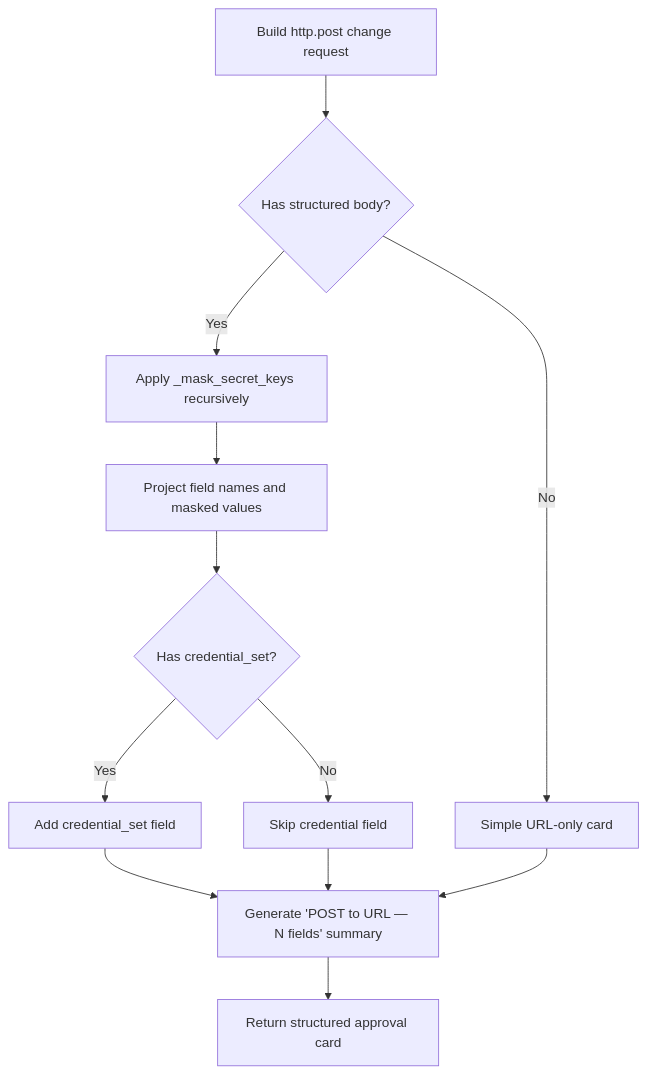
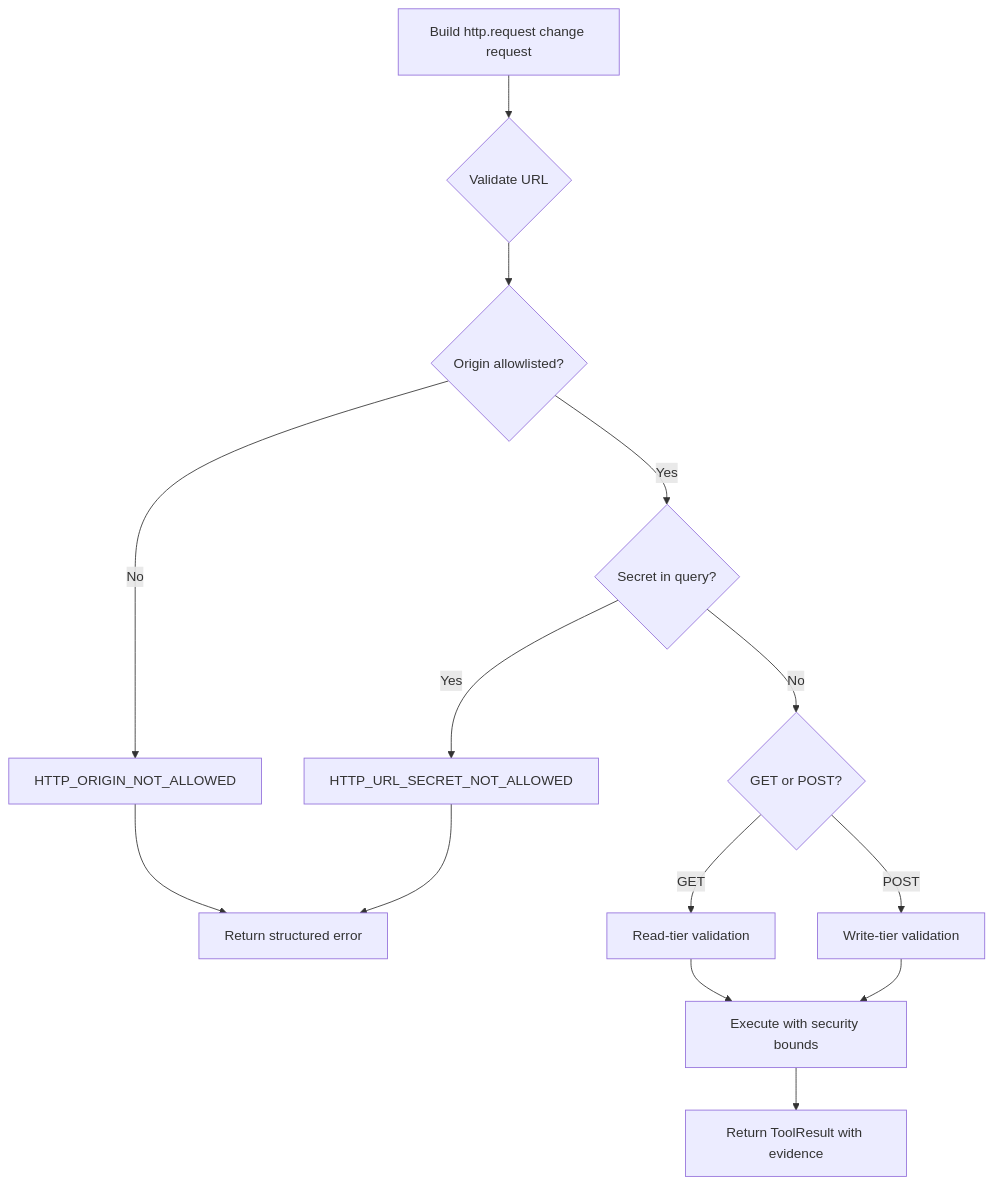
One commit to metasync/luban-aiops changed the seventh of 9 diagrams in .qoder/repowiki/en/content/Core Services/Agent Platform/Human-in-the-Loop Approvals.md. Above: the diagram before and after it, drawn with Mermaid. The commit also changed other lines of this file and 250 other files, not shown here.

````diff
--- a/.qoder/repowiki/en/content/Core Services/Agent Platform/Human-in-the-Loop Approvals.md
+++ b/.qoder/repowiki/en/content/Core Services/Agent Platform/Human-in-the-Loop Approvals.md
@@ -301,14 +346,16 @@
 ```mermaid
 flowchart TD
-Build["Build http.post change request"] --> ParseBody{"Has structured body?"}
-ParseBody --> |Yes| MaskSecrets["Apply _mask_secret_keys recursively"]
-MaskSecrets --> ProjectFields["Project field names and masked values"]
-ParseBody --> |No| SimpleCard["Simple URL-only card"]
-ProjectFields --> AddCredential{"Has credential_set?"}
-AddCredential --> |Yes| AddField["Add credential_set field"]
-AddCredential --> |No| SkipCred["Skip credential field"]
-AddField --> GenerateSummary["Generate 'POST to URL — N fields' summary"]
-SkipCred --> GenerateSummary
-SimpleCard --> GenerateSummary
-GenerateSummary --> ReturnCard["Return structured approval card"]
+Build["Build http.request change request"] --> ValidateURL{"Validate URL"}
+ValidateURL --> CheckOrigin{"Origin allowlisted?"}
+CheckOrigin --> |No| DenyOrigin["HTTP_ORIGIN_NOT_ALLOWED"]
+CheckOrigin --> |Yes| CheckSecret{"Secret in query?"}
+CheckSecret --> |Yes| DenySecret["HTTP_URL_SECRET_NOT_ALLOWED"]
+CheckSecret --> |No| CheckMethod{"GET or POST?"}
+CheckMethod --> |GET| ReadPath["Read-tier validation"]
+CheckMethod --> |POST| WritePath["Write-tier validation"]
+ReadPath --> Execute["Execute with security bounds"]
+WritePath --> Execute
+DenyOrigin --> ReturnError["Return structured error"]
+DenySecret --> ReturnError
+Execute --> ReturnResult["Return ToolResult with evidence"]
 ```
````
